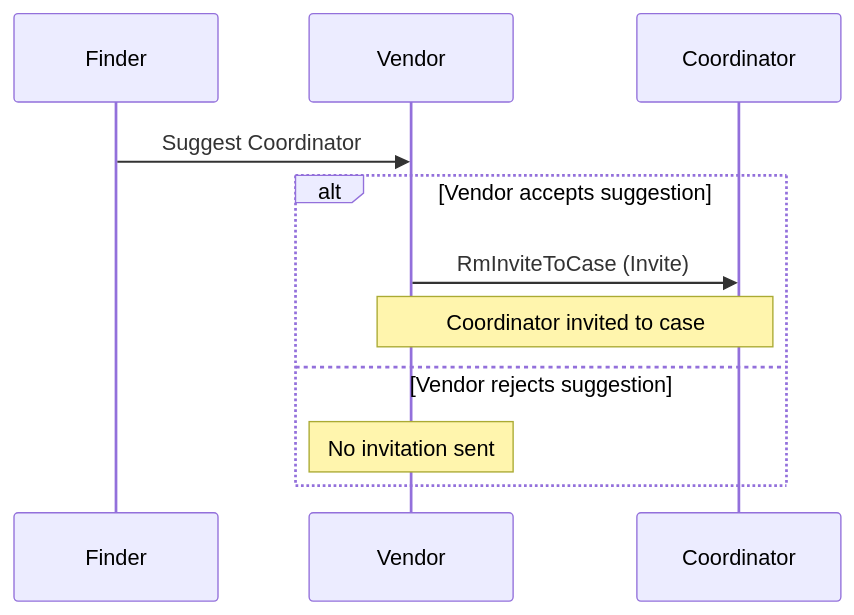
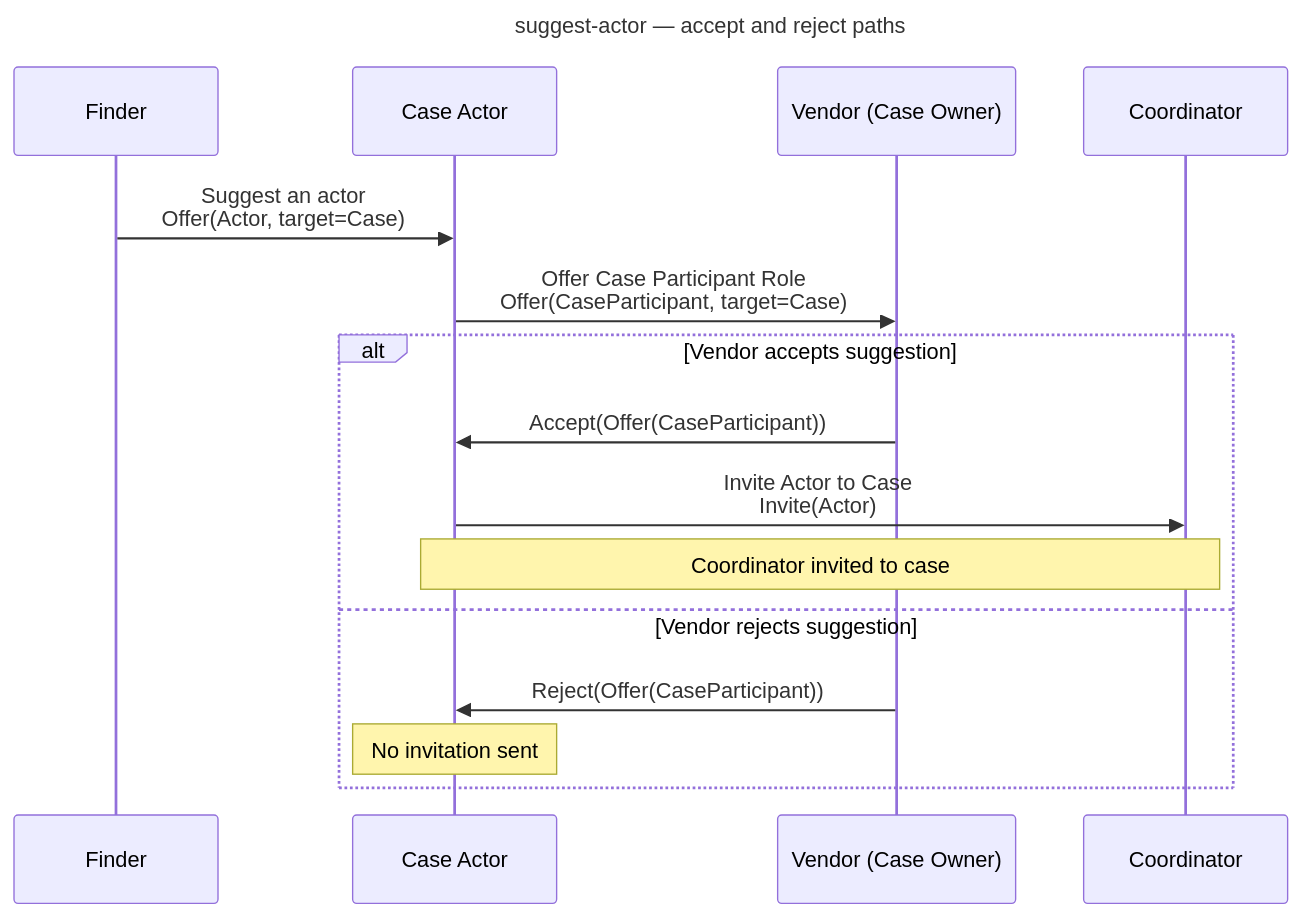
One commit to CERTCC/Vultron changed the second of 8 diagrams in docs/tutorials/other_demos.md. Above: the diagram before and after it, drawn with Mermaid. The commit also changed other lines of this file and 24 other files, not shown here.

````diff
--- a/docs/tutorials/other_demos.md
+++ b/docs/tutorials/other_demos.md
@@ -146,14 +133,21 @@
 ```mermaid
+---
+title: suggest-actor — accept and reject paths
+---
 sequenceDiagram
     participant F as Finder
-    participant V as Vendor
+    participant CA as Case Actor
+    participant V as Vendor (Case Owner)
     participant C as Coordinator
 
-    F->>V: Suggest Coordinator
+    F->>CA: Suggest an actor<br/>Offer(Actor, target=Case)
+    CA->>V: Offer Case Participant Role<br/>Offer(CaseParticipant, target=Case)
     alt Vendor accepts suggestion
-        V->>C: RmInviteToCase (Invite)
-        Note over V,C: Coordinator invited to case
+        V->>CA: Accept(Offer(CaseParticipant))
+        CA->>C: Invite Actor to Case<br/>Invite(Actor)
+        Note over CA,C: Coordinator invited to case
     else Vendor rejects suggestion
-        Note over V: No invitation sent
+        V->>CA: Reject(Offer(CaseParticipant))
+        Note over CA: No invitation sent
     end
 ```
````
